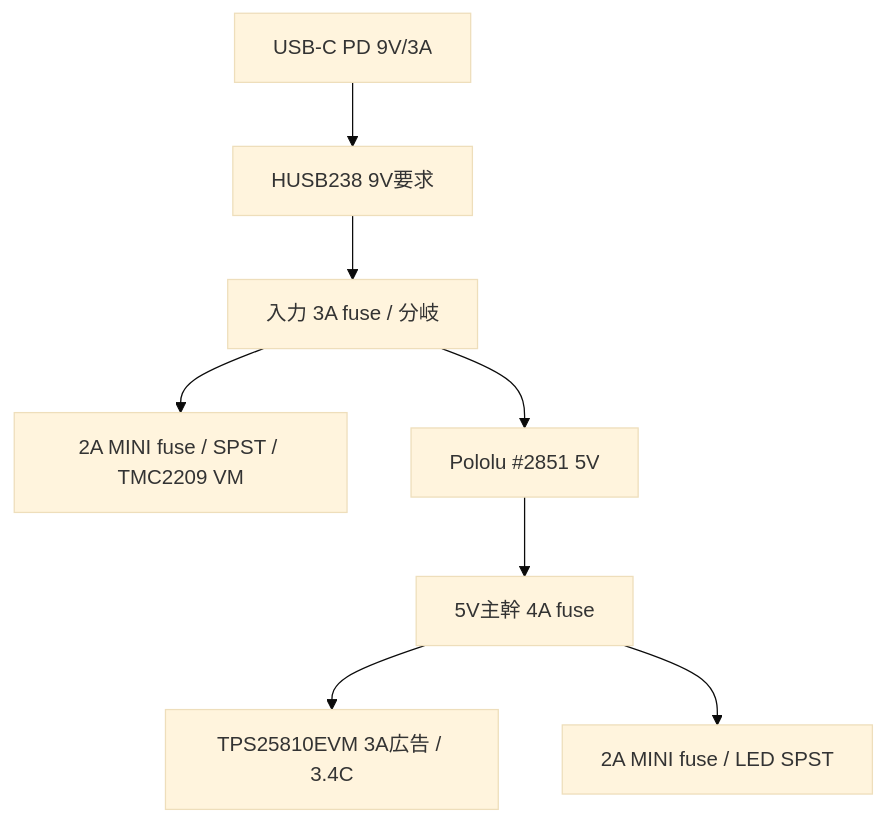
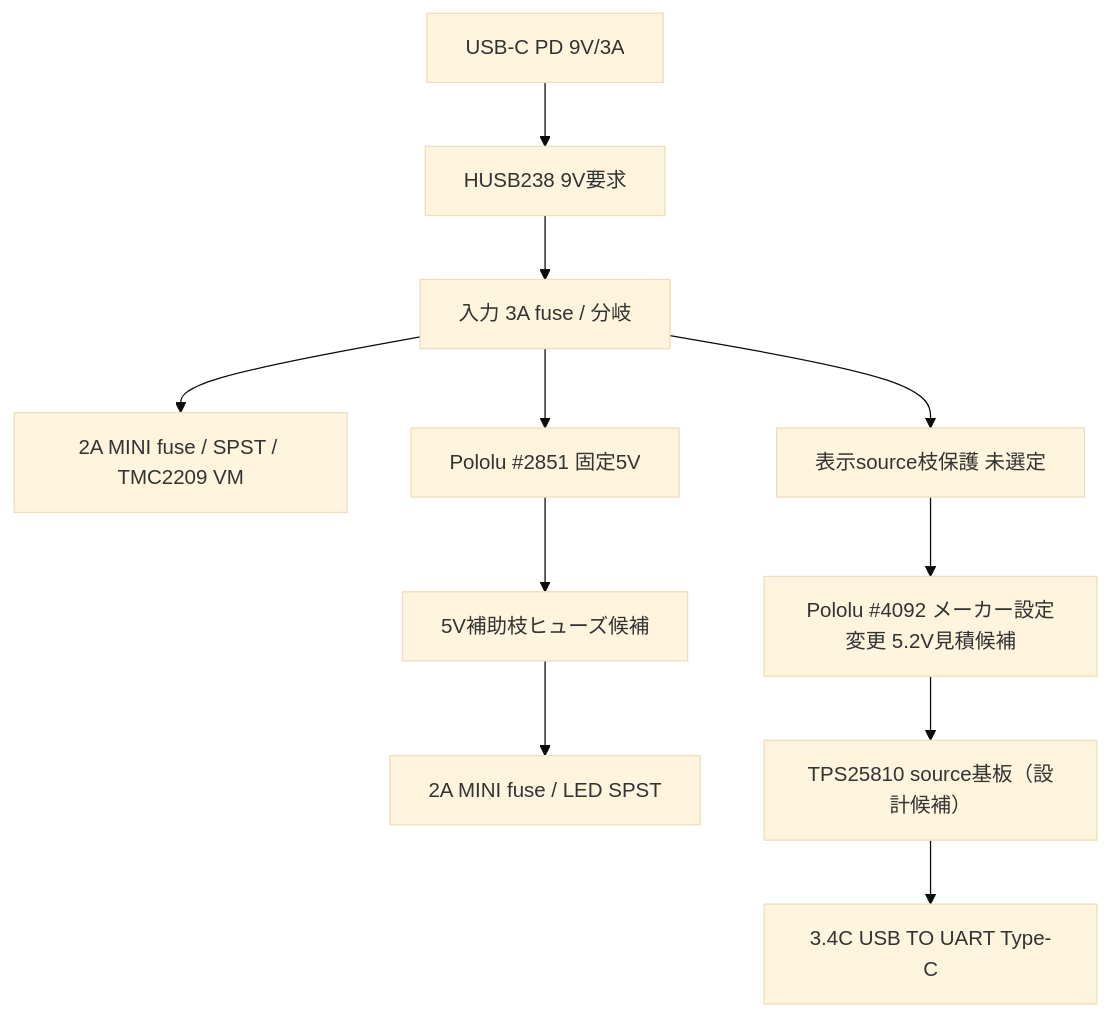
One commit to motomasa-honda/DialCanvas-SAS changed the diagram in docs/04-electronics/power-and-control.md. Above: the diagram before and after it, drawn with Mermaid (base theme). The commit also changed other lines of this file and 22 other files, not shown here.

````diff
--- a/docs/04-electronics/power-and-control.md
+++ b/docs/04-electronics/power-and-control.md
@@ -7,10 +7,13 @@
 ```mermaid
 flowchart TD
   A[USB-C PD 9V/3A] --> B[HUSB238 9V要求]
   B --> C[入力 3A fuse / 分岐]
   C --> D[2A MINI fuse / SPST / TMC2209 VM]
-  C --> E[Pololu #2851 5V]
-  E --> F[5V主幹 4A fuse]
-  F --> G[TPS25810EVM 3A広告 / 3.4C]
-  F --> H[2A MINI fuse / LED SPST]
+  C --> E[Pololu #2851 固定5V]
+  E --> F[5V補助枝ヒューズ候補]
+  F --> G[2A MINI fuse / LED SPST]
+  C --> I[表示source枝保護 未選定]
+  I --> J[Pololu #4092 メーカー設定変更 5.2V見積候補]
+  J --> K[TPS25810 source基板（設計候補）]
+  K --> L[3.4C USB TO UART Type-C]
 ```
````
